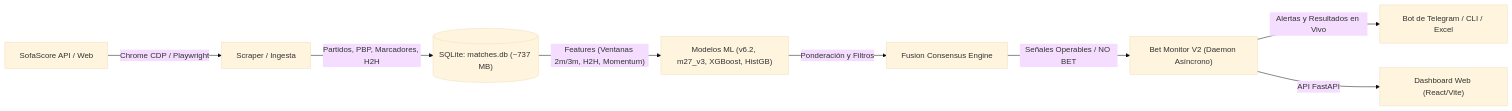
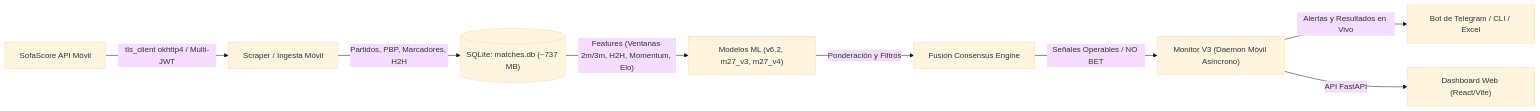
One commit to jediborre/pulpa changed the diagram in docs/ESTADO_DEL_PROYECTO.md. Above: the diagram before and after it, drawn with Mermaid (base theme). The commit also changed other lines of this file and 3 other files, not shown here.

````diff
--- a/docs/ESTADO_DEL_PROYECTO.md
+++ b/docs/ESTADO_DEL_PROYECTO.md
@@ -20,10 +20,10 @@
 ```mermaid
 flowchart LR
-    A["SofaScore API / Web"] -->|"Chrome CDP / Playwright"| B["Scraper / Ingesta"]
+    A["SofaScore API Móvil"] -->|"tls_client okhttp4 / Multi-JWT"| B["Scraper / Ingesta Móvil"]
     B -->|"Partidos, PBP, Marcadores, H2H"| C[("SQLite: matches.db (~737 MB)")]
-    C -->|"Features (Ventanas 2m/3m, H2H, Momentum)"| D["Modelos ML (v6.2, m27_v3, XGBoost, HistGB)"]
+    C -->|"Features (Ventanas 2m/3m, H2H, Momentum, Elo)"| D["Modelos ML (v6.2, m27_v3, m27_v4)"]
     D -->|"Ponderación y Filtros"| E["Fusion Consensus Engine"]
-    E -->|"Señales Operables / NO BET"| F["Bet Monitor V2 (Daemon Asíncrono)"]
+    E -->|"Señales Operables / NO BET"| F["Monitor V3 (Daemon Móvil Asíncrono)"]
     F -->|"Alertas y Resultados en Vivo"| G["Bot de Telegram / CLI / Excel"]
     F -->|"API FastAPI"| H["Dashboard Web (React/Vite)"]
 ```
````
